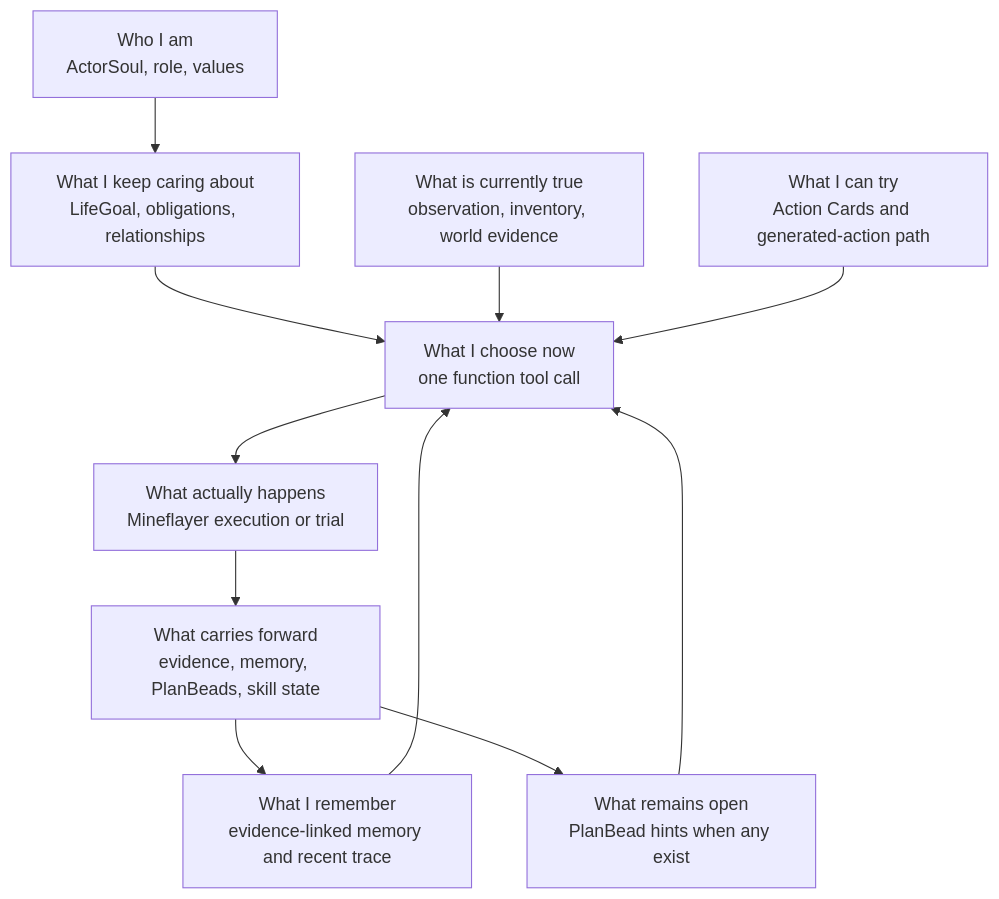
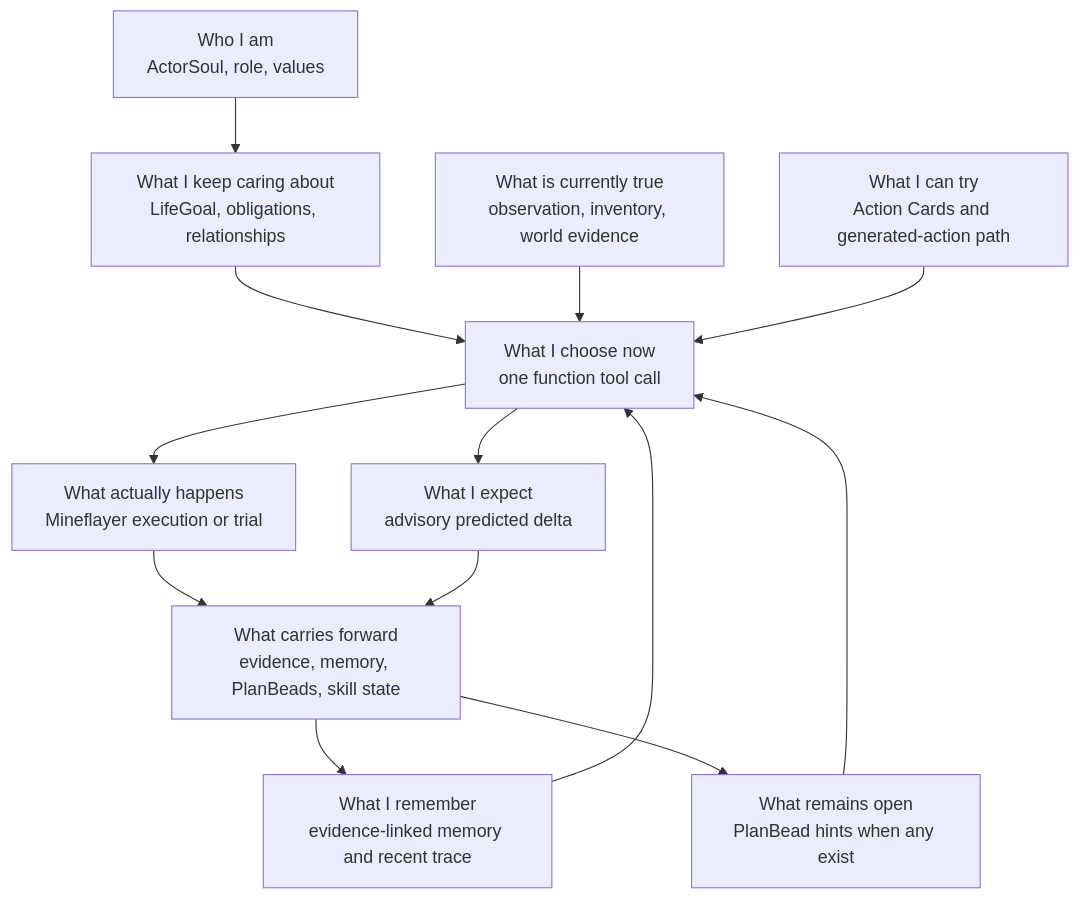
One commit to gigio1023/minecraft-llm-agent-community changed the second of 6 diagrams in CURRENT_IMPLEMENTATION_ARCHITECTURE_REVIEW.md. Above: the diagram before and after it, drawn with Mermaid. The commit also changed other lines of this file and 34 other files, not shown here.

````diff
--- a/CURRENT_IMPLEMENTATION_ARCHITECTURE_REVIEW.md
+++ b/CURRENT_IMPLEMENTATION_ARCHITECTURE_REVIEW.md
@@ -94,21 +110,24 @@
 ```mermaid
 flowchart TD
   Identity["Who I am<br/>ActorSoul, role, values"]
   Direction["What I keep caring about<br/>LifeGoal, obligations, relationships"]
   EvidenceNow["What is currently true<br/>observation, inventory, world evidence"]
   Memory["What I remember<br/>evidence-linked memory and recent trace"]
   Work["What remains open<br/>PlanBead hints when any exist"]
   Body["What I can try<br/>Action Cards and generated-action path"]
+  Prediction["What I expect<br/>advisory predicted delta"]
   Turn["What I choose now<br/>one function tool call"]
   World["What actually happens<br/>Mineflayer execution or trial"]
   Consequence["What carries forward<br/>evidence, memory, PlanBeads, skill state"]
 
   Identity --> Direction --> Turn
   EvidenceNow --> Turn
   Memory --> Turn
   Work --> Turn
   Body --> Turn
+  Turn --> Prediction
   Turn --> World --> Consequence
+  Prediction --> Consequence
   Consequence --> Memory
   Consequence --> Work
 ```
````
